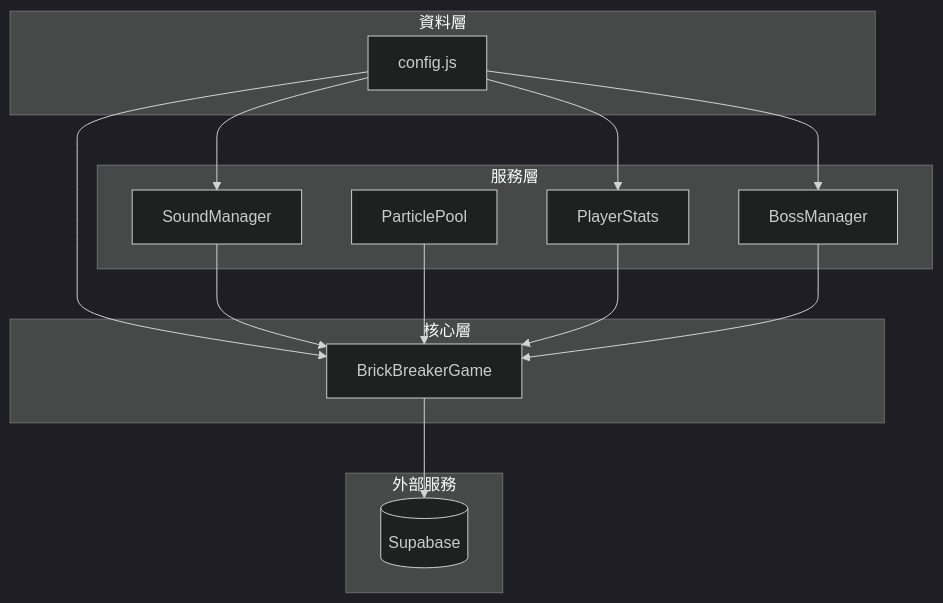
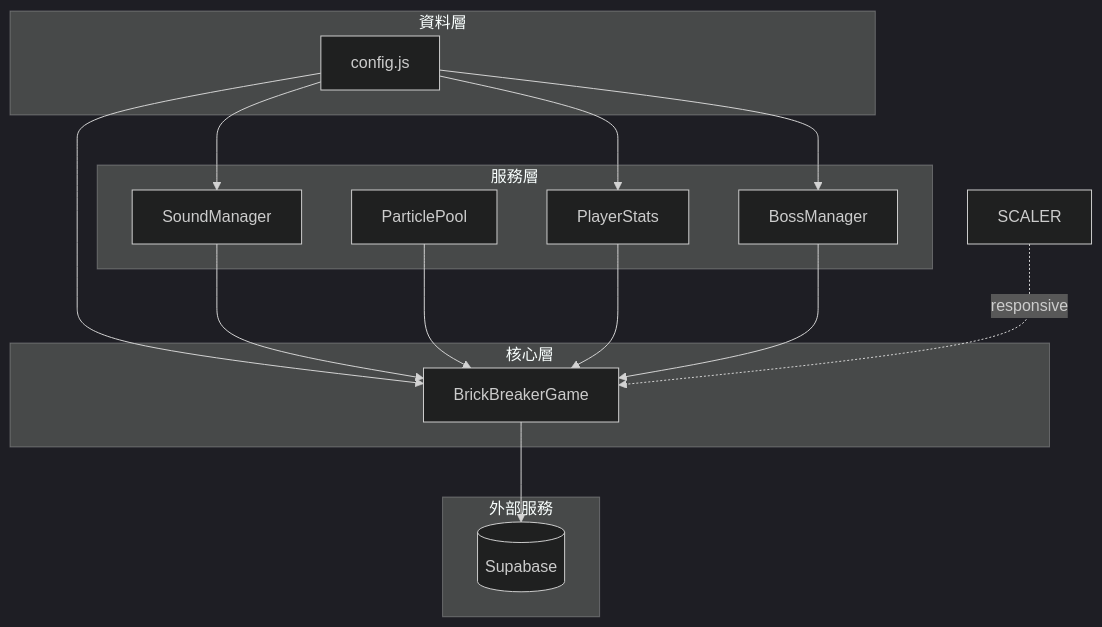
One commit to chinggpt2025/brick-breaker changed the first of 2 diagrams in system.md. Above: the diagram before and after it, drawn with Mermaid (dark theme). The commit also changed other lines of this file and 3 other files, not shown here.

````diff
--- a/system.md
+++ b/system.md
@@ -22,33 +22,34 @@
 ```mermaid
 graph TB
     subgraph 資料層
         CONFIG[config.js]
     end
     
     subgraph 服務層
         SOUND[SoundManager]
         PARTICLE[ParticlePool]
         STATS[PlayerStats]
         BOSS[BossManager]
     end
     
     subgraph 核心層
         GAME[BrickBreakerGame]
     end
     
     subgraph 外部服務
         SUPABASE[(Supabase)]
     end
     
     CONFIG --> SOUND
     CONFIG --> STATS
     CONFIG --> BOSS
     CONFIG --> GAME
     
     SOUND --> GAME
     PARTICLE --> GAME
     STATS --> GAME
     BOSS --> GAME
     
     GAME --> SUPABASE
+    SCALER -.responsive.-> GAME
 ```
````
